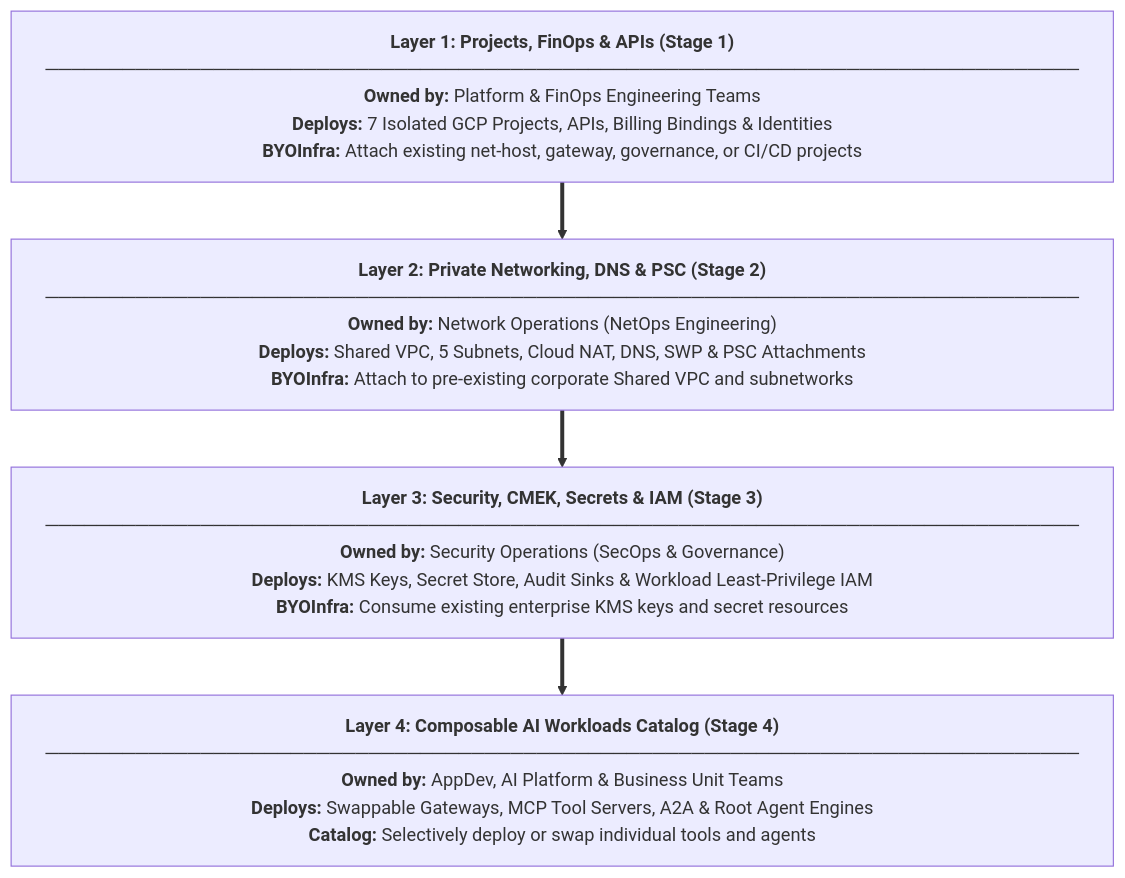
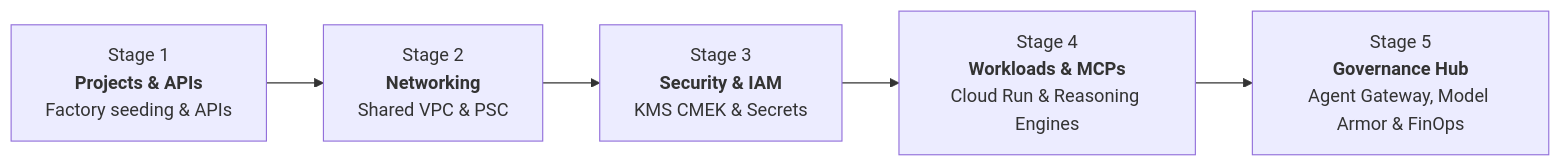
The second of 2 diagrams in docs/README.md (google/esmeralda), drawn with Mermaid before and after one commit. The commit also changed other lines of this file and 15 other files, not shown here.

First line of the commit message:
docs: complete enterprise architecture overhaul with ADRs, personas, and dark mode diagrams

````diff
--- a/docs/README.md
+++ b/docs/README.md
@@ -97,12 +87,7 @@
 ```mermaid
-flowchart TB
-    L1["<b>Layer 1: Projects, FinOps & APIs (Stage 1)</b><br/>────────────────────────────────────────────────────────────────────────────────<br/><b>Owned by:</b> Platform & FinOps Engineering Teams<br/><b>Deploys:</b> 7 Isolated GCP Projects, APIs, Billing Bindings & Identities<br/><b>BYOInfra:</b> Attach existing net-host, gateway, governance, or CI/CD projects"]
-
-    L2["<b>Layer 2: Private Networking, DNS & PSC (Stage 2)</b><br/>────────────────────────────────────────────────────────────────────────────────<br/><b>Owned by:</b> Network Operations (NetOps Engineering)<br/><b>Deploys:</b> Shared VPC, 5 Subnets, Cloud NAT, DNS, SWP & PSC Attachments<br/><b>BYOInfra:</b> Attach to pre-existing corporate Shared VPC and subnetworks"]
-
-    L3["<b>Layer 3: Security, CMEK, Secrets & IAM (Stage 3)</b><br/>────────────────────────────────────────────────────────────────────────────────<br/><b>Owned by:</b> Security Operations (SecOps & Governance)<br/><b>Deploys:</b> KMS Keys, Secret Store, Audit Sinks & Workload Least-Privilege IAM<br/><b>BYOInfra:</b> Consume existing enterprise KMS keys and secret resources"]
-
-    L4["<b>Layer 4: Composable AI Workloads Catalog (Stage 4)</b><br/>────────────────────────────────────────────────────────────────────────────────<br/><b>Owned by:</b> AppDev, AI Platform & Business Unit Teams<br/><b>Deploys:</b> Swappable Gateways, MCP Tool Servers, A2A & Root Agent Engines<br/><b>Catalog:</b> Selectively deploy or swap individual tools and agents"]
-
-    L1 ==> L2 ==> L3 ==> L4
+flowchart LR
+    S1["Stage 1<br/><b>Projects & APIs</b><br/>Factory seeding & APIs"] --> S2["Stage 2<br/><b>Networking</b><br/>Shared VPC & PSC"]
+    S2 --> S3["Stage 3<br/><b>Security & IAM</b><br/>KMS CMEK & Secrets"]
+    S3 --> S4["Stage 4<br/><b>Workloads & MCPs</b><br/>Cloud Run & Reasoning Engines"]
+    S4 --> S5["Stage 5<br/><b>Governance Hub</b><br/>Agent Gateway, Model Armor & FinOps"]
 ```
````
